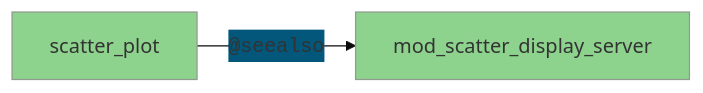
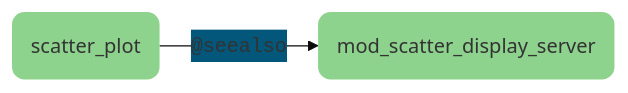
One commit to mjfrigaard/shiny-app-pkgs changed the fifth of 5 diagrams in document.qmd. Above: the diagram before and after it, drawn with Mermaid. The commit also changed other lines of this file and 196 other files, not shown here.

````diff
--- a/document.qmd
+++ b/document.qmd
@@ -813,8 +819,11 @@
 ```{mermaid}
 %%| fig-width: 6.5
 %%| fig-align: center
 %%| fig-cap: '`seealso` connecting documentation'
-%%{init: {'theme': 'base', 'themeVariables': { 'fontFamily': 'Inconsolata', 'primaryColor': '#8dd38d', 'edgeLabelBackground':'#02577A'}}}%%
+%%{init: {'theme': 'base', 'themeVariables': { 'fontFamily': 'Inconsolata', 'primaryColor': '#33a02c', 'edgeLabelBackground':'#02577A'}}}%%
 flowchart LR
-    scatter_plot["scatter_plot"] -->|"<code>@seealso</code>"| mod_scatter_display_server["mod_scatter_display_server"]
+    scatter_plot("scatter_plot") -->|"<code>@seealso</code>"| mod_scatter_display_server("mod_scatter_display_server")
+    
+  style scatter_plot fill:#8dd38d,stroke:none,rx:10,ry:10;
+  style mod_scatter_display_server fill:#8dd38d,stroke:none,rx:10,ry:10;
 ```
````
